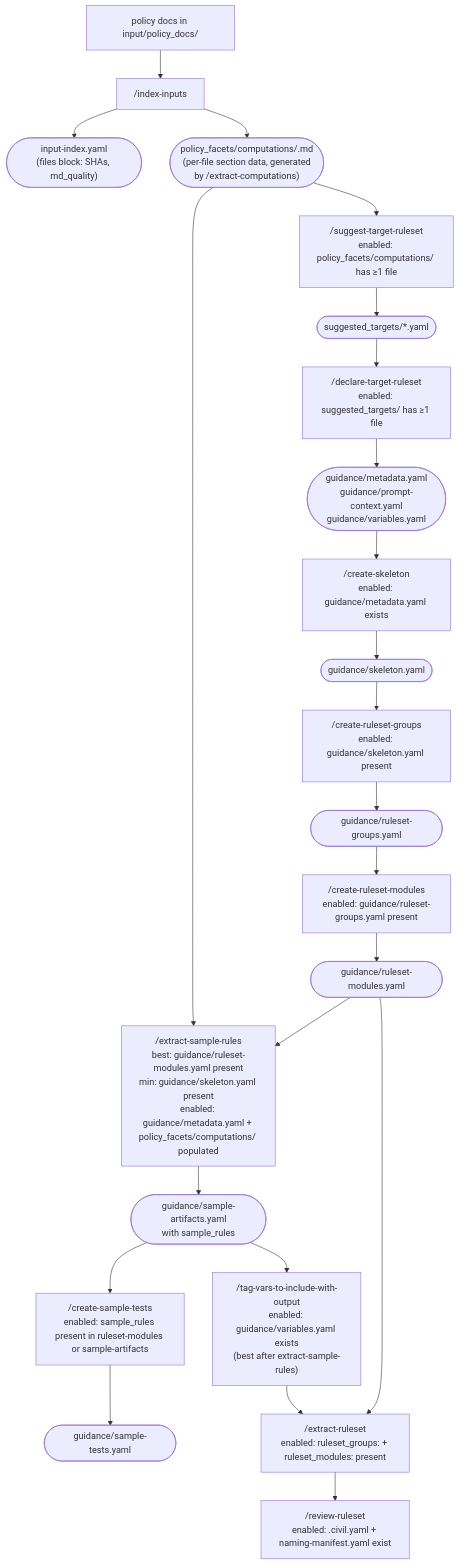
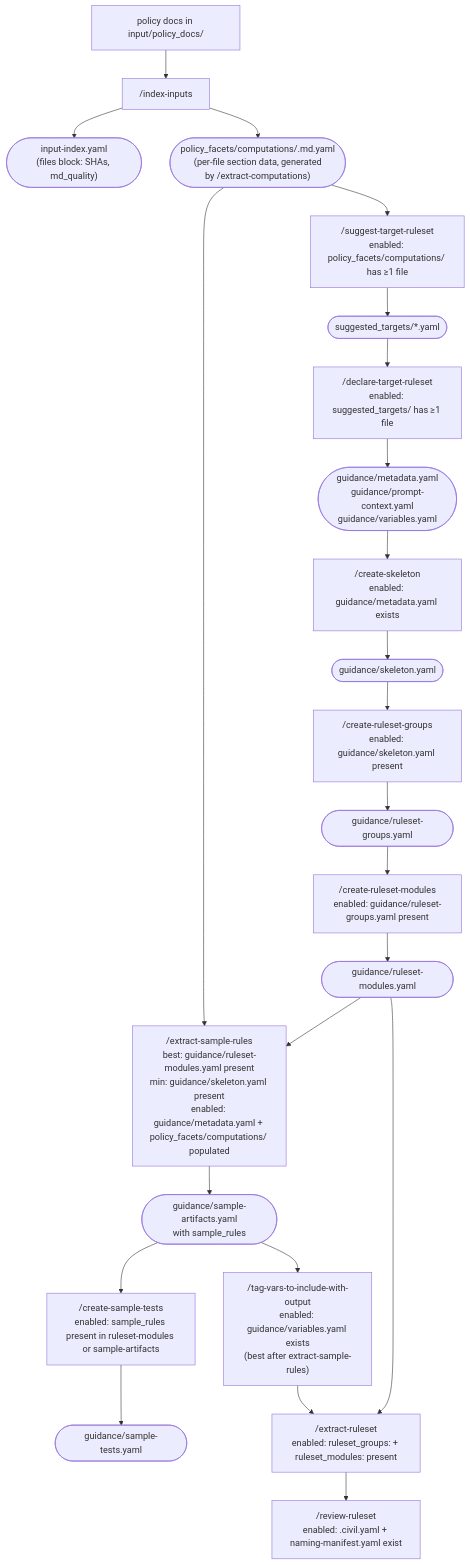
One commit to navapbc/lockpicks-xlator-plugin changed the diagram in xl-plugin/CLAUDE.md. Above: the diagram before and after it, drawn with Mermaid. The commit also changed other lines of this file and 13 other files, not shown here.

First line of the commit message:
feat(extract-computations): destination filename uses .md.yaml suffix

````diff
--- a/xl-plugin/CLAUDE.md
+++ b/xl-plugin/CLAUDE.md
@@ -82,44 +82,44 @@
 ```mermaid
 flowchart TD
     DOCS["policy docs in input/policy_docs/"]
     IDX_CMD["/index-inputs"]
     IDX_META(["input-index.yaml\n(files block: SHAs, md_quality)"])
-    IDX_COMPS(["policy_facets/computations/<rel>.md\n(per-file section data, generated\nby /extract-computations)"])
+    IDX_COMPS(["policy_facets/computations/<rel>.md.yaml\n(per-file section data, generated\nby /extract-computations)"])
 
     DOCS --> IDX_CMD --> IDX_META
     IDX_CMD --> IDX_COMPS
 
     SUG["/suggest-target-ruleset\nenabled: policy_facets/computations/ has ≥1 file"]
     SUG_F(["suggested_targets/*.yaml"])
     DECL["/declare-target-ruleset\nenabled: suggested_targets/ has ≥1 file"]
     GY(["guidance/metadata.yaml\nguidance/prompt-context.yaml\nguidance/variables.yaml"])
 
     IDX_COMPS --> SUG --> SUG_F --> DECL --> GY
 
     SKEL["/create-skeleton\nenabled: guidance/metadata.yaml exists"]
     GY_SKEL(["guidance/skeleton.yaml"])
     GROUPS["/create-ruleset-groups\nenabled: guidance/skeleton.yaml present"]
     GY_GROUPS(["guidance/ruleset-groups.yaml"])
     MODS["/create-ruleset-modules\nenabled: guidance/ruleset-groups.yaml present"]
 
     GY --> SKEL --> GY_SKEL --> GROUPS --> GY_GROUPS --> MODS
 
     GY_MODS(["guidance/ruleset-modules.yaml"])
     SAMPLERULES["/extract-sample-rules\nbest: guidance/ruleset-modules.yaml present\nmin: guidance/skeleton.yaml present\nenabled: guidance/metadata.yaml + policy_facets/computations/ populated"]
     GY_RULES(["guidance/sample-artifacts.yaml\nwith sample_rules"])
     TAGVARS["/tag-vars-to-include-with-output\nenabled: guidance/variables.yaml exists\n(best after extract-sample-rules)"]
     SAMPLETESTS["/create-sample-tests\nenabled: sample_rules present in ruleset-modules or sample-artifacts"]
     GY_SAMPLETESTS(["guidance/sample-tests.yaml"])
 
     MODS --> GY_MODS --> SAMPLERULES
     IDX_COMPS --> SAMPLERULES
     SAMPLERULES --> GY_RULES --> TAGVARS
     GY_RULES --> SAMPLETESTS --> GY_SAMPLETESTS
 
     EXTRACT["/extract-ruleset\nenabled: ruleset_groups: + ruleset_modules: present"]
     REVIEW["/review-ruleset\nenabled: <program>.civil.yaml + naming-manifest.yaml exist"]
 
     GY_MODS --> EXTRACT
     TAGVARS --> EXTRACT
     EXTRACT --> REVIEW
 ```
````
